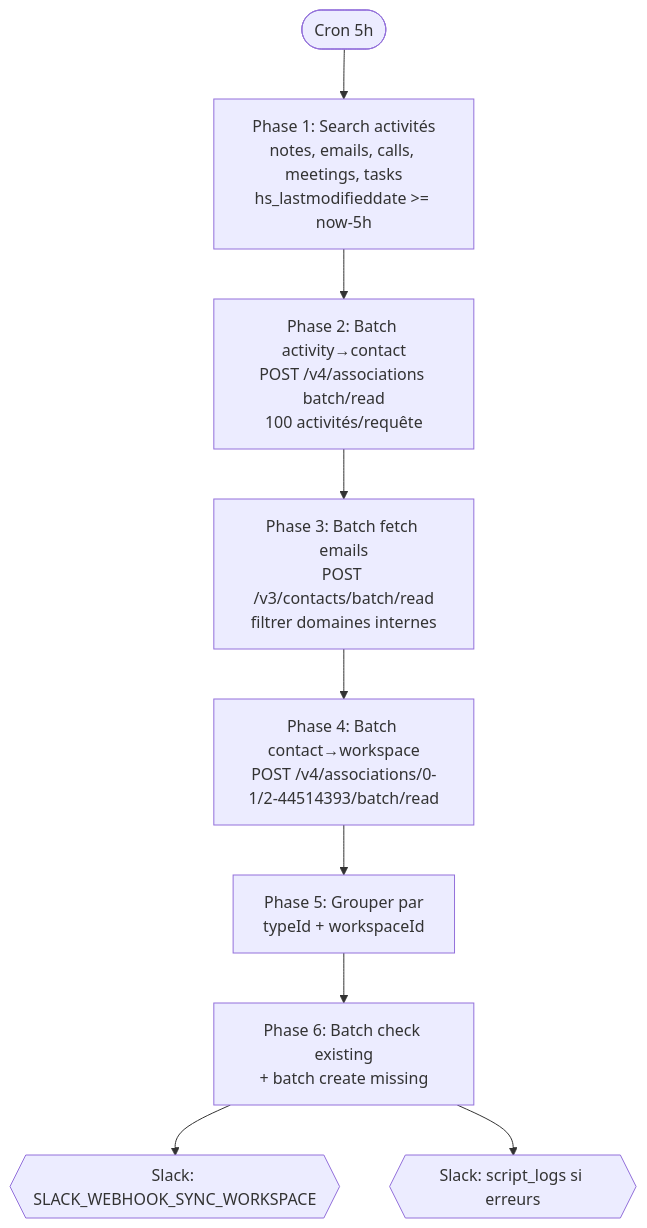
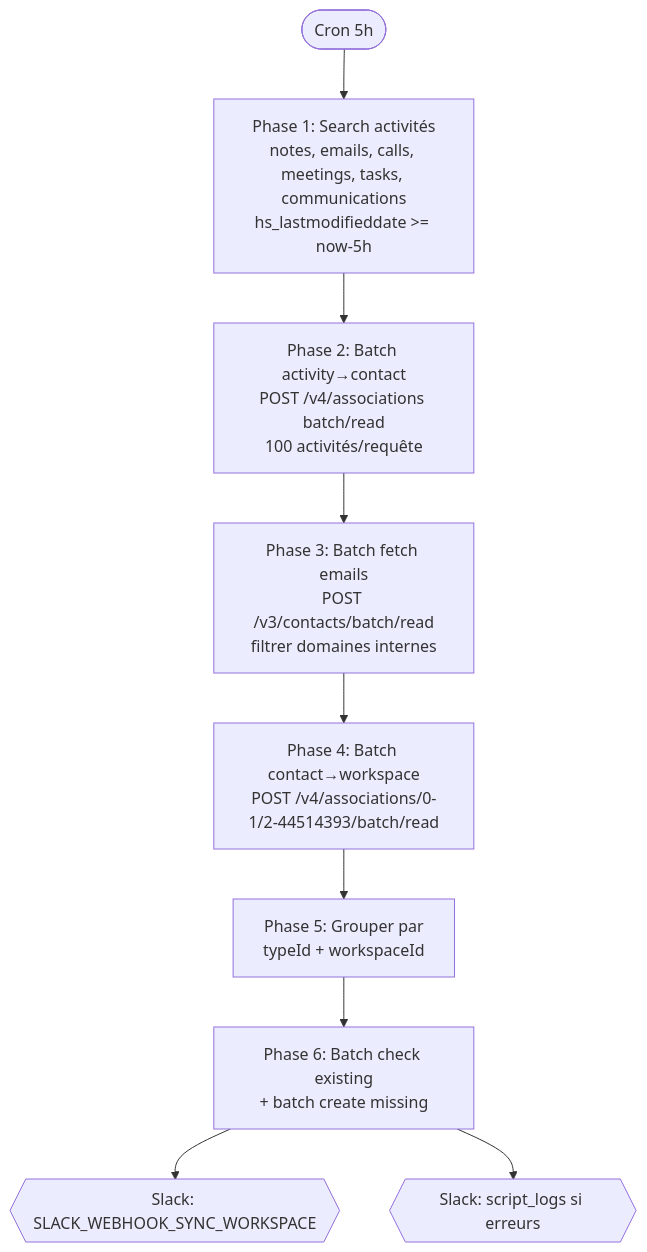
Before and after one commit to AirSaas/linkedin-scrapp: the ninth of 24 diagrams in CLAUDE.md, drawn with Mermaid. The commit also changed other lines of this file and 2 other files, not shown here.

````diff
--- a/CLAUDE.md
+++ b/CLAUDE.md
@@ -262,11 +260,11 @@
 ```mermaid
 flowchart TD
-    A([Cron 5h]) --> B[Phase 1: Search activités<br/>notes, emails, calls, meetings, tasks<br/>hs_lastmodifieddate >= now-5h]
+    A([Cron 5h]) --> B[Phase 1: Search activités<br/>notes, emails, calls, meetings, tasks, communications<br/>hs_lastmodifieddate >= now-5h]
     B --> C[Phase 2: Batch activity→contact<br/>POST /v4/associations batch/read<br/>100 activités/requête]
     C --> D[Phase 3: Batch fetch emails<br/>POST /v3/contacts/batch/read<br/>filtrer domaines internes]
     D --> E[Phase 4: Batch contact→workspace<br/>POST /v4/associations/0-1/2-44514393/batch/read]
     E --> F[Phase 5: Grouper par<br/>typeId + workspaceId]
     F --> G[Phase 6: Batch check existing<br/>+ batch create missing]
     G --> H{{Slack: SLACK_WEBHOOK_SYNC_WORKSPACE}}
     G --> I{{Slack: script_logs si erreurs}}
 ```
````
